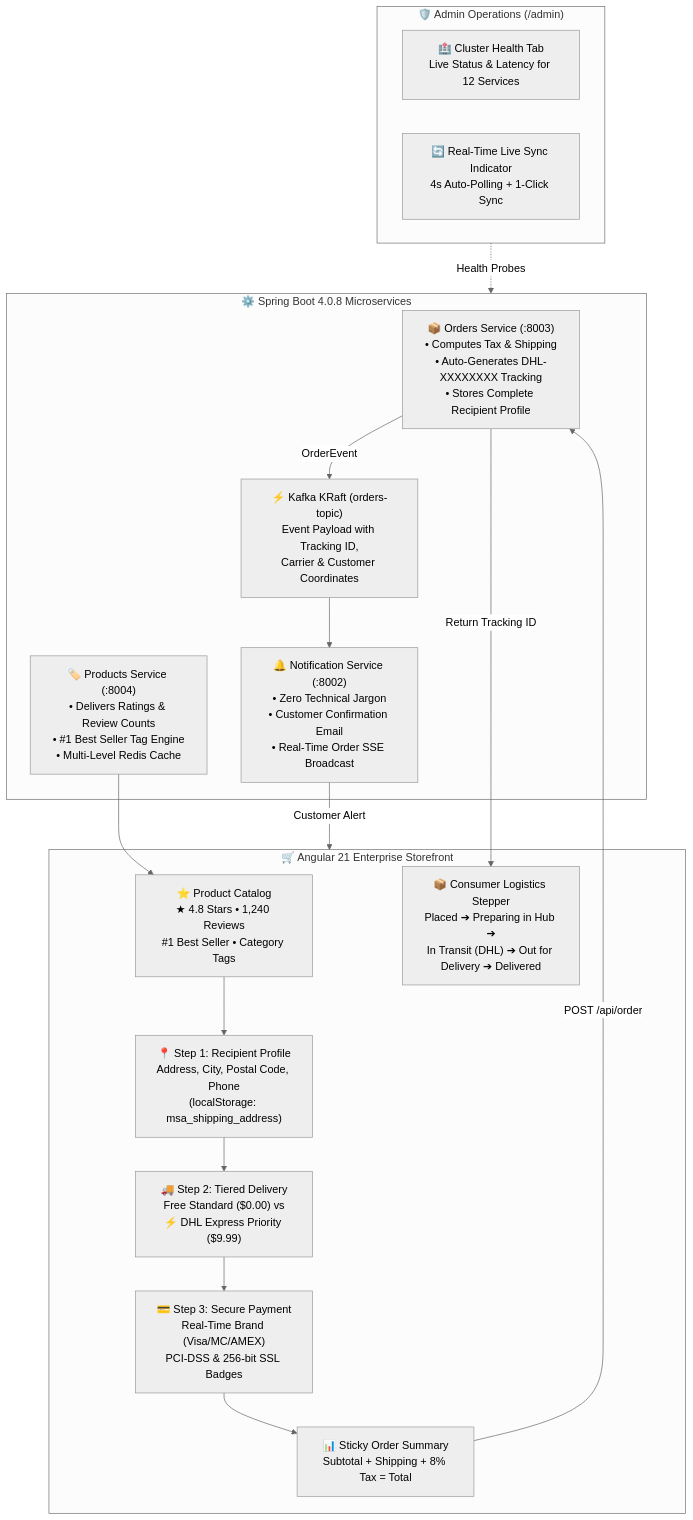
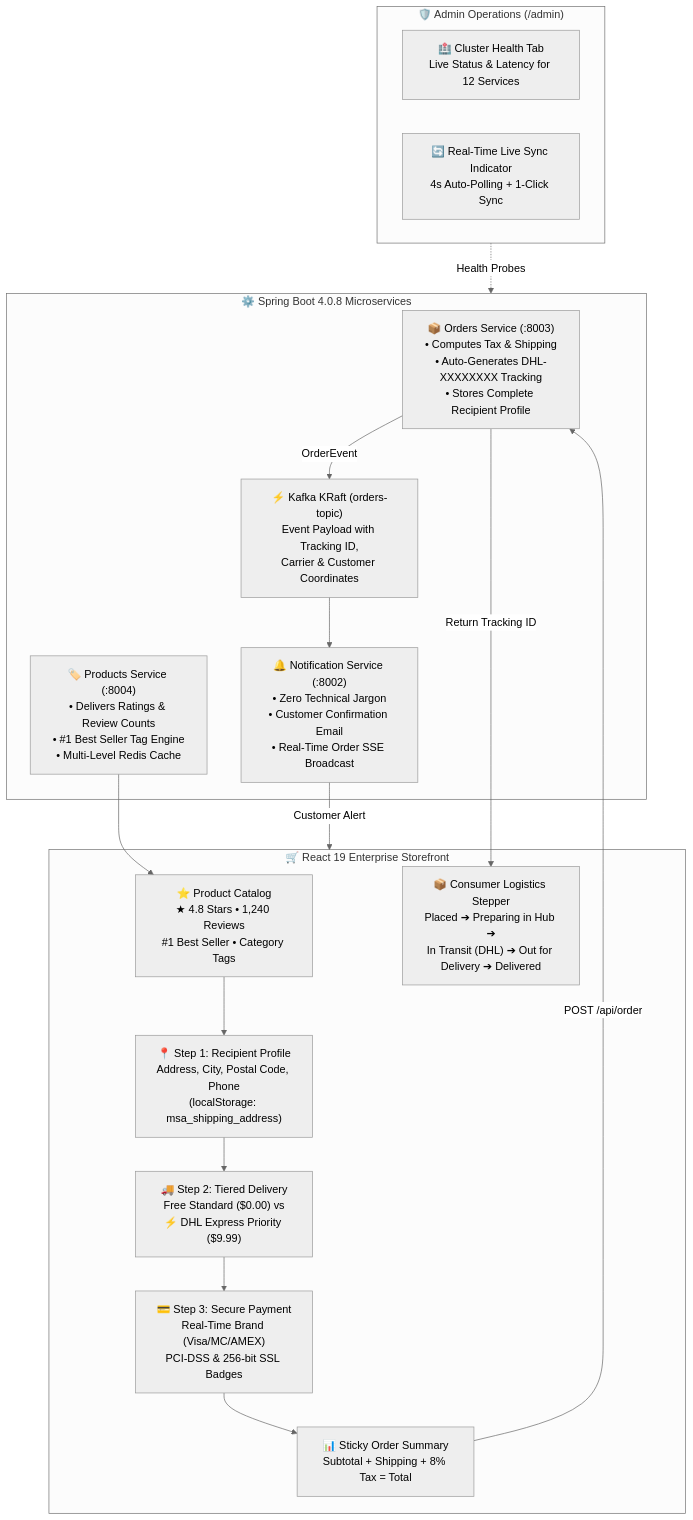
One commit to GeorgeGxx/microservices-architecture changed the fifth of 6 diagrams in docs/ARCHITECTURE.md. Above: the diagram before and after it, drawn with Mermaid (neutral theme). The commit also changed other lines of this file and 9 other files, not shown here.

First line of the commit message:
docs: update enterprise architecture diagrams and multi-cloud documentation

````diff
--- a/docs/ARCHITECTURE.md
+++ b/docs/ARCHITECTURE.md
@@ -343,35 +372,35 @@
 ```mermaid
 flowchart TD
-    subgraph Storefront ["🛒 Angular 21 Enterprise Storefront"]
+    subgraph Storefront ["🛒 React 19 Enterprise Storefront"]
         Catalog["⭐ Product Catalog<br/>★ 4.8 Stars • 1,240 Reviews<br/>#1 Best Seller • Category Tags"]
         CheckoutStep1["📍 Step 1: Recipient Profile<br/>Address, City, Postal Code, Phone<br/>(localStorage: msa_shipping_address)"]
         CheckoutStep2["🚚 Step 2: Tiered Delivery<br/>Free Standard ($0.00) vs<br/>⚡ DHL Express Priority ($9.99)"]
         CheckoutStep3["💳 Step 3: Secure Payment<br/>Real-Time Brand (Visa/MC/AMEX)<br/>PCI-DSS & 256-bit SSL Badges"]
         StickySummary["📊 Sticky Order Summary<br/>Subtotal + Shipping + 8% Tax = Total"]
         LogisticsStepper["📦 Consumer Logistics Stepper<br/>Placed ➔ Preparing in Hub ➔<br/>In Transit (DHL) ➔ Out for Delivery ➔ Delivered"]
     end
 
     subgraph BackendMS ["⚙️ Spring Boot 4.0.8 Microservices"]
         OrdersMS["📦 Orders Service (:8003)<br/>• Computes Tax & Shipping<br/>• Auto-Generates DHL-XXXXXXXX Tracking<br/>• Stores Complete Recipient Profile"]
         ProductsMS["🏷️ Products Service (:8004)<br/>• Delivers Ratings & Review Counts<br/>• #1 Best Seller Tag Engine<br/>• Multi-Level Redis Cache"]
         KafkaBus["⚡ Kafka KRaft (orders-topic)<br/>Event Payload with Tracking ID,<br/>Carrier & Customer Coordinates"]
         NotifMS["🔔 Notification Service (:8002)<br/>• Zero Technical Jargon<br/>• Customer Confirmation Email<br/>• Real-Time Order SSE Broadcast"]
     end
 
     subgraph AdminConsole ["🛡️ Admin Operations (/admin)"]
         ClusterTab["🏥 Cluster Health Tab<br/>Live Status & Latency for 12 Services"]
         LiveSync["🔄 Real-Time Live Sync Indicator<br/>4s Auto-Polling + 1-Click Sync"]
     end
 
     Catalog --> CheckoutStep1
     CheckoutStep1 --> CheckoutStep2
     CheckoutStep2 --> CheckoutStep3
     CheckoutStep3 --> StickySummary
     StickySummary -->|POST /api/order| OrdersMS
     OrdersMS -->|OrderEvent| KafkaBus
     KafkaBus --> NotifMS
     OrdersMS -->|Return Tracking ID| LogisticsStepper
     NotifMS -->|Customer Alert| Storefront
     ProductsMS --> Catalog
     AdminConsole -.->|Health Probes| BackendMS
 ```
````
